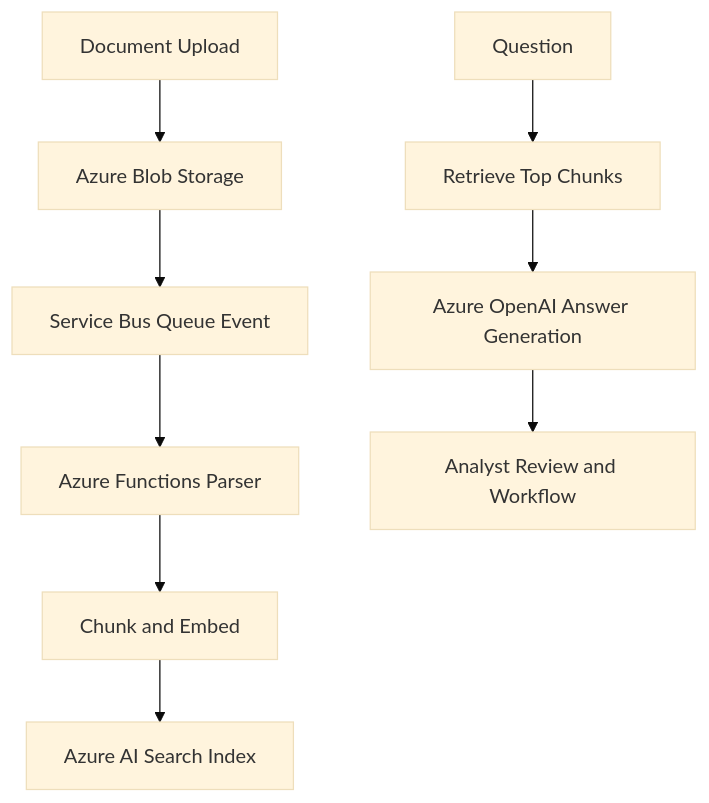
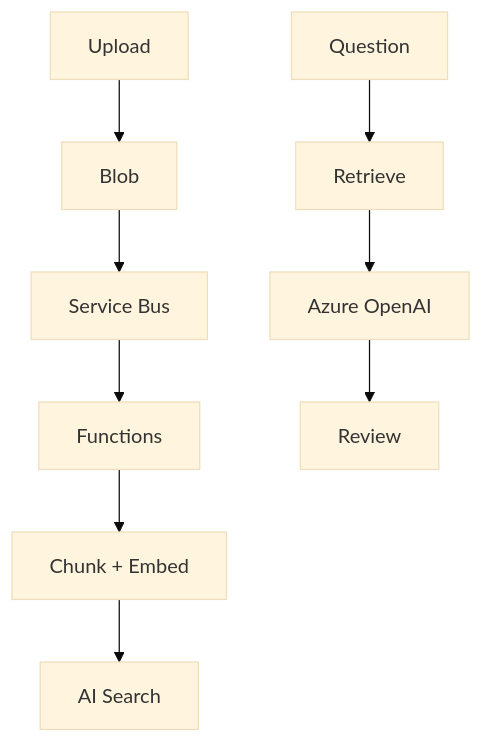
One commit to Web8080/ai_due_deligence_for_real_estate_operating_system changed the fifth of 5 diagrams in README.md. Above: the diagram before and after it, drawn with Mermaid (base theme). The commit also changed other lines of this file and 1 other file, not shown here.

First line of the commit message:
docs: add dashboard screenshot and refresh README (business value, arch diagrams, flowcharts)

````diff
--- a/README.md
+++ b/README.md
@@ -98,11 +149,11 @@
 ```mermaid
 flowchart TD
-  A[Document Upload] --> B[Azure Blob Storage]
-  B --> C[Service Bus Queue Event]
-  C --> D[Azure Functions Parser]
-  D --> E[Chunk and Embed]
-  E --> F[Azure AI Search Index]
-  Q[Question] --> G[Retrieve Top Chunks]
-  G --> H[Azure OpenAI Answer Generation]
-  H --> I[Analyst Review and Workflow]
+  A[Upload] --> B[Blob]
+  B --> C[Service Bus]
+  C --> D[Functions]
+  D --> E[Chunk + Embed]
+  E --> F[AI Search]
+  Q[Question] --> G[Retrieve]
+  G --> H[Azure OpenAI]
+  H --> I[Review]
 ```
````
